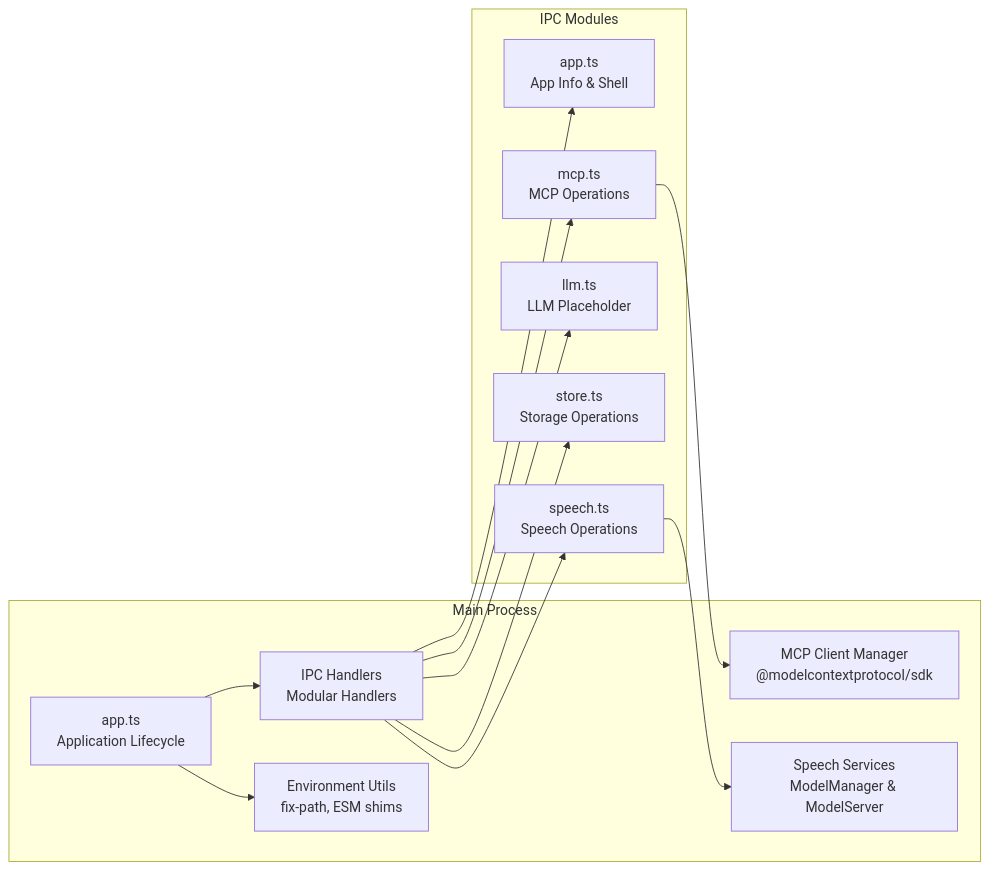
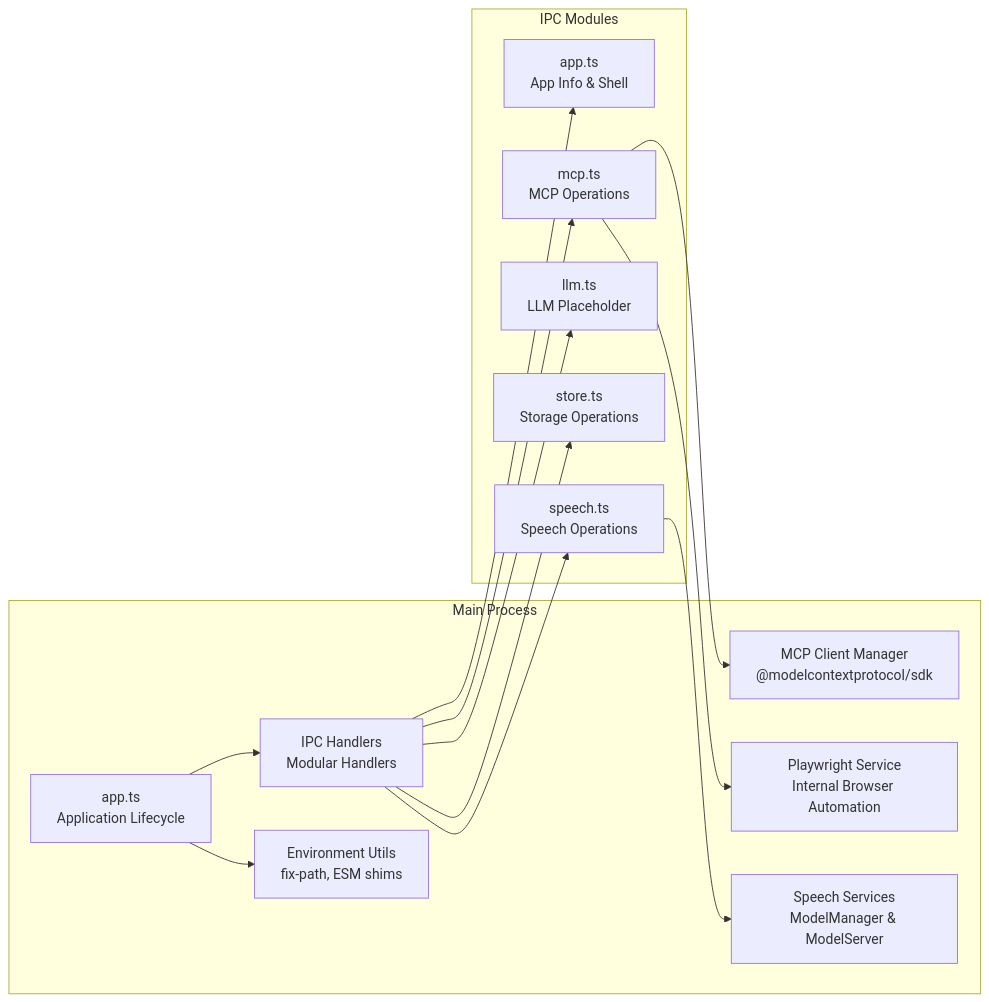
Before and after one commit to meharajM/ai-worker.app: the second of 23 diagrams in architecture.md, drawn with Mermaid. The commit also changed other lines of this file and 1 other file, not shown here.

Commit message:
feat: Add internal Playwright service to architecture documentation and update the development plan to reflect its completion.

````diff
--- a/architecture.md
+++ b/architecture.md
@@ -62,28 +62,30 @@
 ```mermaid
 graph LR
     subgraph "Main Process"
         App[app.ts<br/>Application Lifecycle]
         IPC[IPC Handlers<br/>Modular Handlers]
         MCP[MCP Client Manager<br/>@modelcontextprotocol/sdk]
+        Playwright[Playwright Service<br/>Internal Browser Automation]
         Speech[Speech Services<br/>ModelManager & ModelServer]
         Env[Environment Utils<br/>fix-path, ESM shims]
     end
 
     subgraph "IPC Modules"
         AppHandlers[app.ts<br/>App Info & Shell]
         MCPHandlers[mcp.ts<br/>MCP Operations]
         LLMHandlers[llm.ts<br/>LLM Placeholder]
         StoreHandlers[store.ts<br/>Storage Operations]
         SpeechHandlers[speech.ts<br/>Speech Operations]
     end
 
     App --> IPC
     IPC --> AppHandlers
     IPC --> MCPHandlers
     IPC --> LLMHandlers
     IPC --> StoreHandlers
     IPC --> SpeechHandlers
     MCPHandlers --> MCP
+    MCPHandlers --> Playwright
     SpeechHandlers --> Speech
     App --> Env
 ```
````
